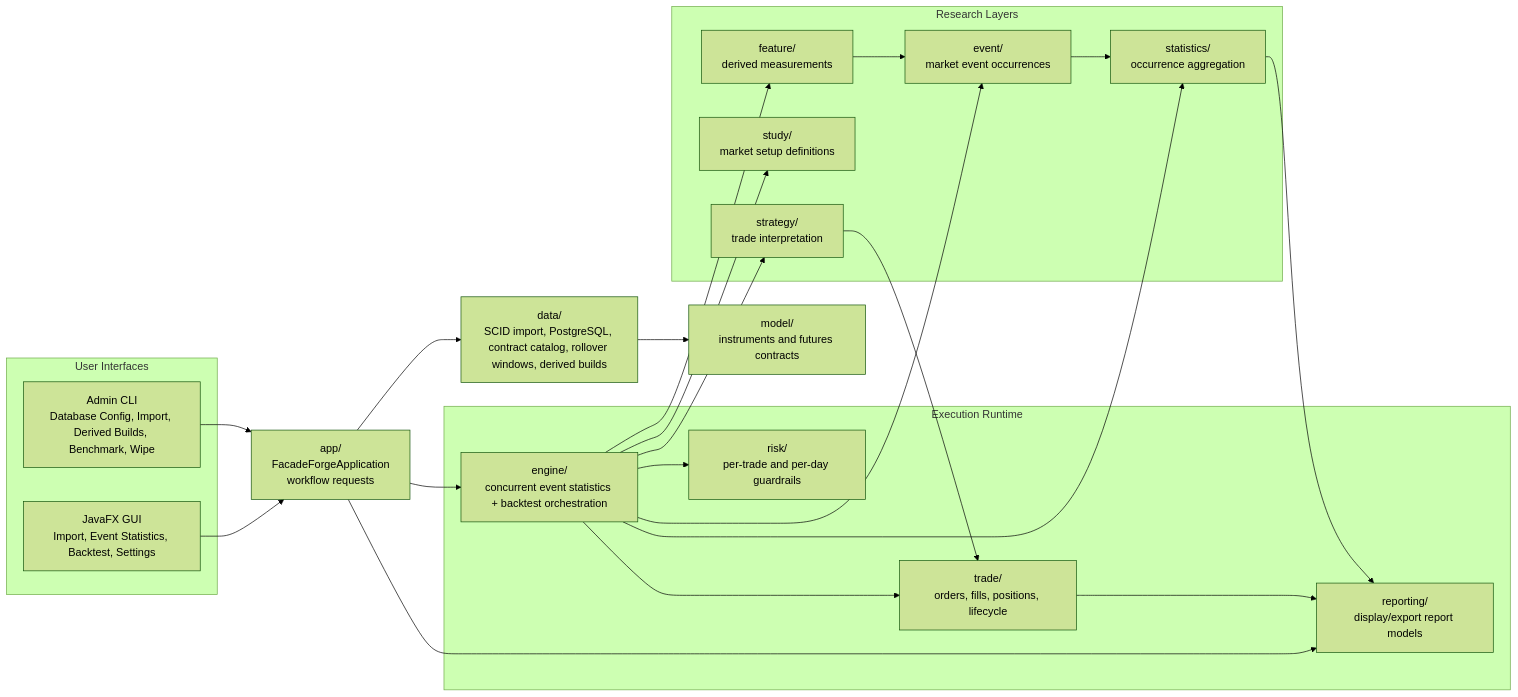
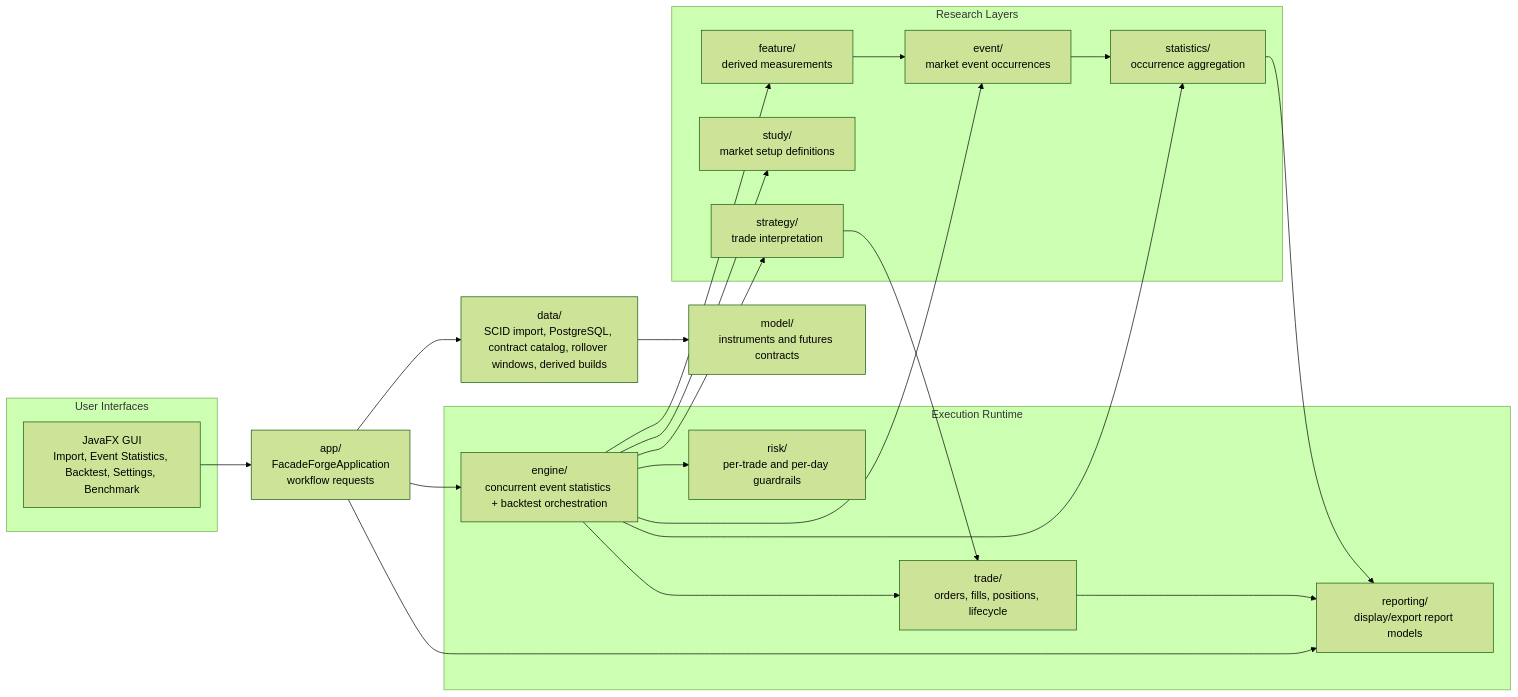
One commit to probst-paul/FORGE changed the diagram in docs/diagrams/architecture-overview.md. Above: the diagram before and after it, drawn with Mermaid (forest theme). The commit also changed 39 other files, not shown here.

First line of the commit message:
Remove CLI support and make GUI the main entry

````diff
--- a/docs/diagrams/architecture-overview.md
+++ b/docs/diagrams/architecture-overview.md
@@ -3,46 +3,44 @@
 ```mermaid
 flowchart LR
     subgraph UI["User Interfaces"]
-        GUI["JavaFX GUI<br/>Import, Event Statistics, Backtest, Settings"]
-        CLI["Admin CLI<br/>Database Config, Import, Derived Builds, Benchmark, Wipe"]
+        GUI["JavaFX GUI<br/>Import, Event Statistics, Backtest, Settings, Benchmark"]
     end
 
     APP["app/<br/>FacadeForgeApplication<br/>workflow requests"]
 
     subgraph Research["Research Layers"]
         FEATURE["feature/<br/>derived measurements"]
         EVENT["event/<br/>market event occurrences"]
         STUDY["study/<br/>market setup definitions"]
         STATS["statistics/<br/>occurrence aggregation"]
         STRATEGY["strategy/<br/>trade interpretation"]
     end
 
     subgraph Runtime["Execution Runtime"]
         ENGINE["engine/<br/>concurrent event statistics + backtest orchestration"]
         TRADE["trade/<br/>orders, fills, positions, lifecycle"]
         RISK["risk/<br/>per-trade and per-day guardrails"]
         REPORTING["reporting/<br/>display/export report models"]
     end
 
     DATA["data/<br/>SCID import, PostgreSQL, contract catalog, rollover windows, derived builds"]
     MODEL["model/<br/>instruments and futures contracts"]
 
     GUI --> APP
-    CLI --> APP
     APP --> DATA
     APP --> ENGINE
     APP --> REPORTING
     ENGINE --> FEATURE
     ENGINE --> EVENT
     ENGINE --> STUDY
     ENGINE --> STATS
     ENGINE --> STRATEGY
     ENGINE --> TRADE
     ENGINE --> RISK
     DATA --> MODEL
     FEATURE --> EVENT
     EVENT --> STATS
     STRATEGY --> TRADE
     TRADE --> REPORTING
     STATS --> REPORTING
 ```
````
